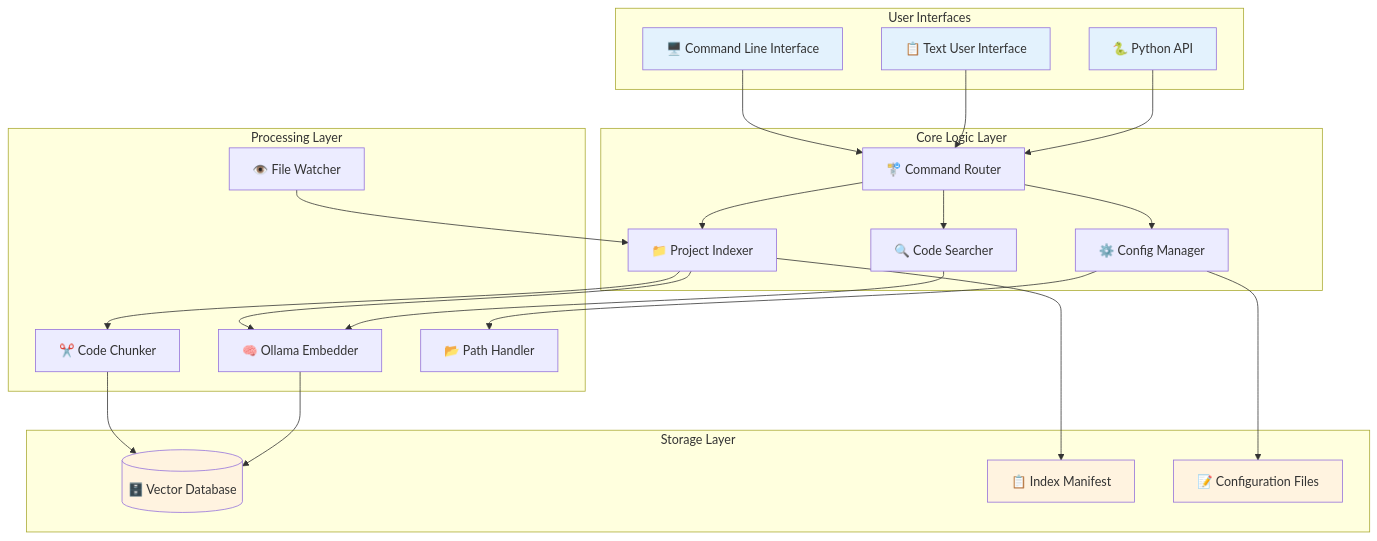
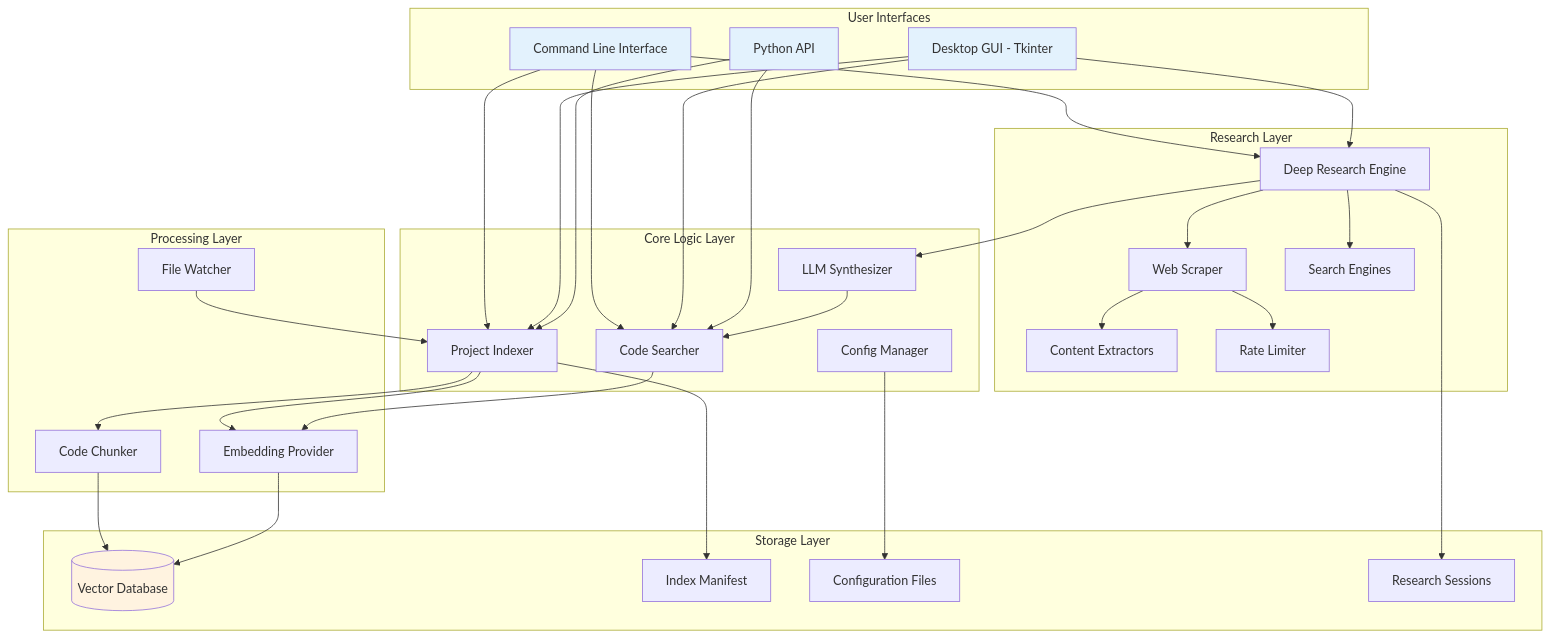
One commit to FSSCoding/Fss-Mini-Rag changed the ninth of 9 diagrams in docs/DIAGRAMS.md. Above: the diagram before and after it, drawn with Mermaid. The commit also changed other lines of this file and 17 other files, not shown here.

````diff
--- a/docs/DIAGRAMS.md
+++ b/docs/DIAGRAMS.md
@@ -379,55 +320,68 @@
 ```mermaid
 graph TB
     subgraph "User Interfaces"
-        CLI[🖥️ Command Line Interface]
-        TUI[📋 Text User Interface]
-        Python[🐍 Python API]
+        CLI[Command Line Interface]
+        GUI[Desktop GUI - Tkinter]
+        Python[Python API]
     end
-    
+
     subgraph "Core Logic Layer"
-        Router[🚏 Command Router]
-        Indexer[📁 Project Indexer]
-        Searcher[🔍 Code Searcher]
-        Config[⚙️ Config Manager]
+        Indexer[Project Indexer]
+        Searcher[Code Searcher]
+        Config[Config Manager]
+        LLMSynth[LLM Synthesizer]
     end
-    
+
+    subgraph "Research Layer"
+        DeepResearch[Deep Research Engine]
+        WebScraper[Web Scraper]
+        SearchEngines[Search Engines]
+        Extractors[Content Extractors]
+        RateLimiter[Rate Limiter]
+    end
+
     subgraph "Processing Layer"
-        Chunker[✂️ Code Chunker]
-        Embedder[🧠 Ollama Embedder]
-        Watcher[👁️ File Watcher]
-        PathHandler[📂 Path Handler]
+        Chunker[Code Chunker]
+        Embedder[Embedding Provider]
+        Watcher[File Watcher]
     end
-    
+
     subgraph "Storage Layer"
-        LanceDB[(🗄️ Vector Database)]
-        Manifest[📋 Index Manifest]
-        ConfigFile[📝 Configuration Files]
+        LanceDB[(Vector Database)]
+        Manifest[Index Manifest]
+        ConfigFile[Configuration Files]
+        Sessions[Research Sessions]
     end
-    
-    CLI --> Router
-    TUI --> Router
-    Python --> Router
-    
-    Router --> Indexer
-    Router --> Searcher
-    Router --> Config
-    
+
+    CLI --> Indexer
+    CLI --> Searcher
+    CLI --> DeepResearch
+    GUI --> Indexer
+    GUI --> Searcher
+    GUI --> DeepResearch
+    Python --> Indexer
+    Python --> Searcher
+
     Indexer --> Chunker
     Indexer --> Embedder
     Searcher --> Embedder
-    Config --> PathHandler
-    
+    LLMSynth --> Searcher
+    DeepResearch --> SearchEngines
+    DeepResearch --> WebScraper
+    DeepResearch --> LLMSynth
+    WebScraper --> Extractors
+    WebScraper --> RateLimiter
+
     Chunker --> LanceDB
     Embedder --> LanceDB
     Indexer --> Manifest
     Config --> ConfigFile
-    
+    DeepResearch --> Sessions
+
     Watcher --> Indexer
-    
+
     style CLI fill:#e3f2fd
-    style TUI fill:#e3f2fd
+    style GUI fill:#e3f2fd
     style Python fill:#e3f2fd
     style LanceDB fill:#fff3e0
-    style Manifest fill:#fff3e0
-    style ConfigFile fill:#fff3e0
 ```
````
